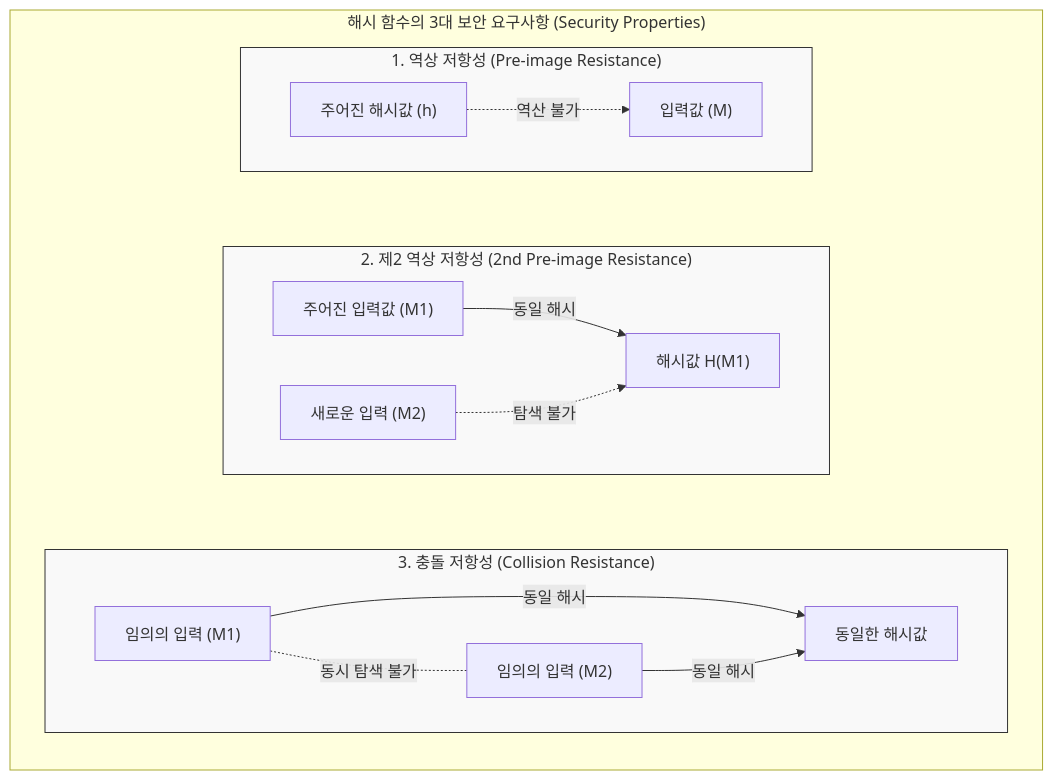
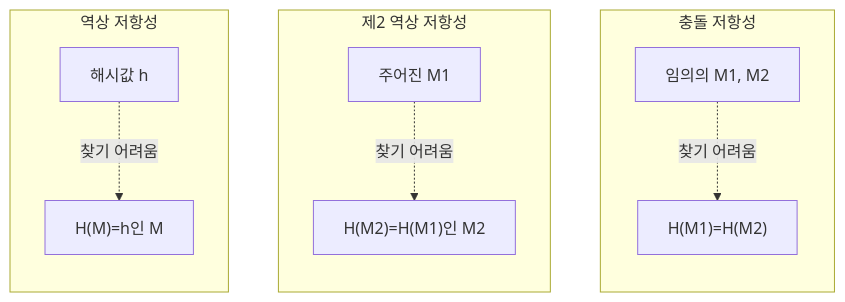
The diagram in content/01_IT Tech/해시 함수의 안전성.md (supremethumb/supremethumb.github.io), drawn with Mermaid before and after one commit. The commit also changed other lines of this file and 1087 other files, not shown here.

````diff
--- a/content/01_IT Tech/해시 함수의 안전성.md
+++ b/content/01_IT Tech/해시 함수의 안전성.md
@@ -28,32 +32,16 @@
 ```mermaid
-flowchart TD
-    subgraph "해시 함수의 3대 보안 요구사항 (Security Properties)"
+flowchart LR
+    subgraph P1["역상 저항성"]
         direction TB
-        
-        subgraph PreImage["1. 역상 저항성 (Pre-image Resistance)"]
-            direction LR
-            h1["주어진 해시값 (h)"] -. "역산 불가" .-> M1["입력값 (M)"]
-        end
-
-        subgraph SecondPreImage["2. 제2 역상 저항성 (2nd Pre-image Resistance)"]
-            direction LR
-            M2_1["주어진 입력값 (M1)"] -- "동일 해시" --> h2["해시값 H(M1)"]
-            M2_2["새로운 입력 (M2)"] -. "탐색 불가" .-> h2
-        end
-
-        subgraph Collision["3. 충돌 저항성 (Collision Resistance)"]
-            direction LR
-            M3_1["임의의 입력 (M1)"] -- "동일 해시" --> h3["동일한 해시값"]
-            M3_2["임의의 입력 (M2)"] -- "동일 해시" --> h3
-            M3_1 -. "동시 탐색 불가" .- M3_2
-        end
+        A1["해시값 h"] -.->|"찾기 어려움"| A2["H(M)=h인 M"]
     end
-    
-    PreImage ~~~ SecondPreImage ~~~ Collision
-    
-    %% 스타일링
-    style PreImage fill:#f9f9f9,stroke:#333
-    style SecondPreImage fill:#f9f9f9,stroke:#333
-    style Collision fill:#f9f9f9,stroke:#333
-
+    subgraph P2["제2 역상 저항성"]
+        direction TB
+        B1["주어진 M1"] -.->|"찾기 어려움"| B2["H(M2)=H(M1)인 M2"]
+    end
+    subgraph P3["충돌 저항성"]
+        direction TB
+        C1["임의의 M1, M2"] -.->|"찾기 어려움"| C2["H(M1)=H(M2)"]
+    end
+    P1 ~~~ P2 ~~~ P3
 ```
````
